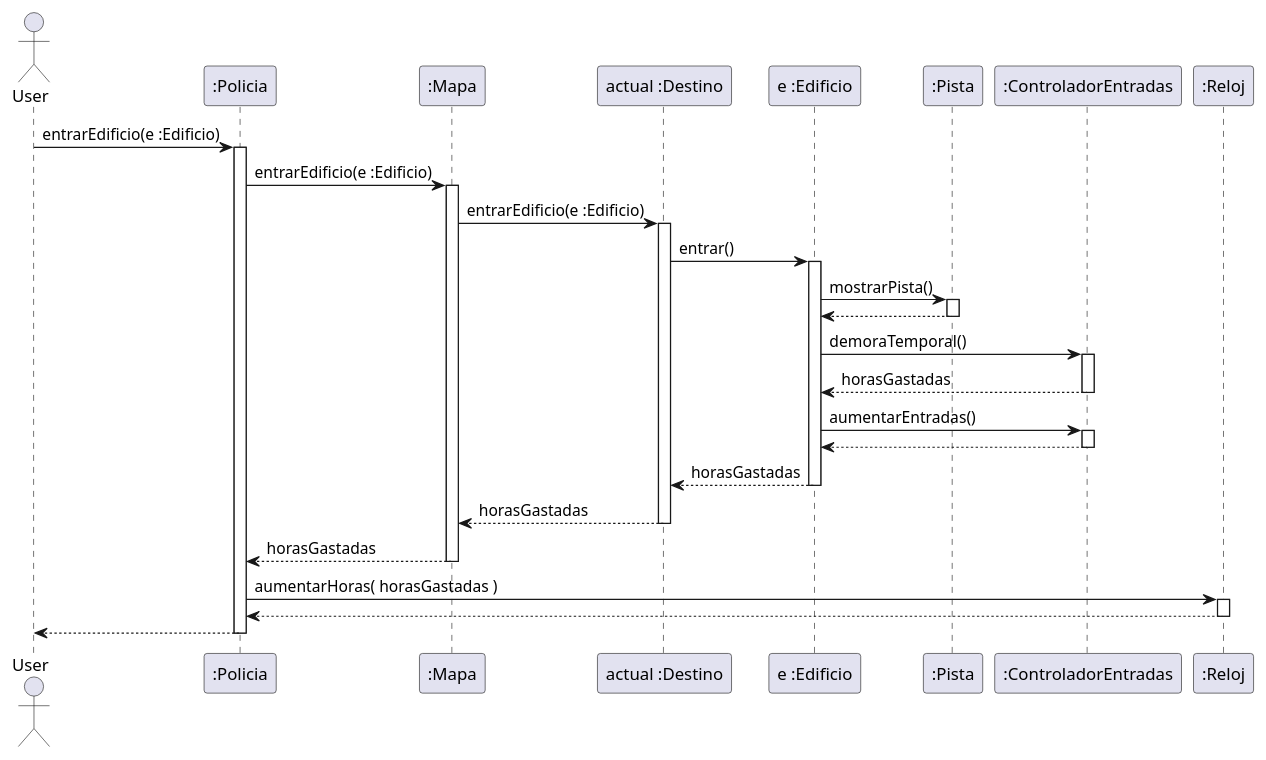
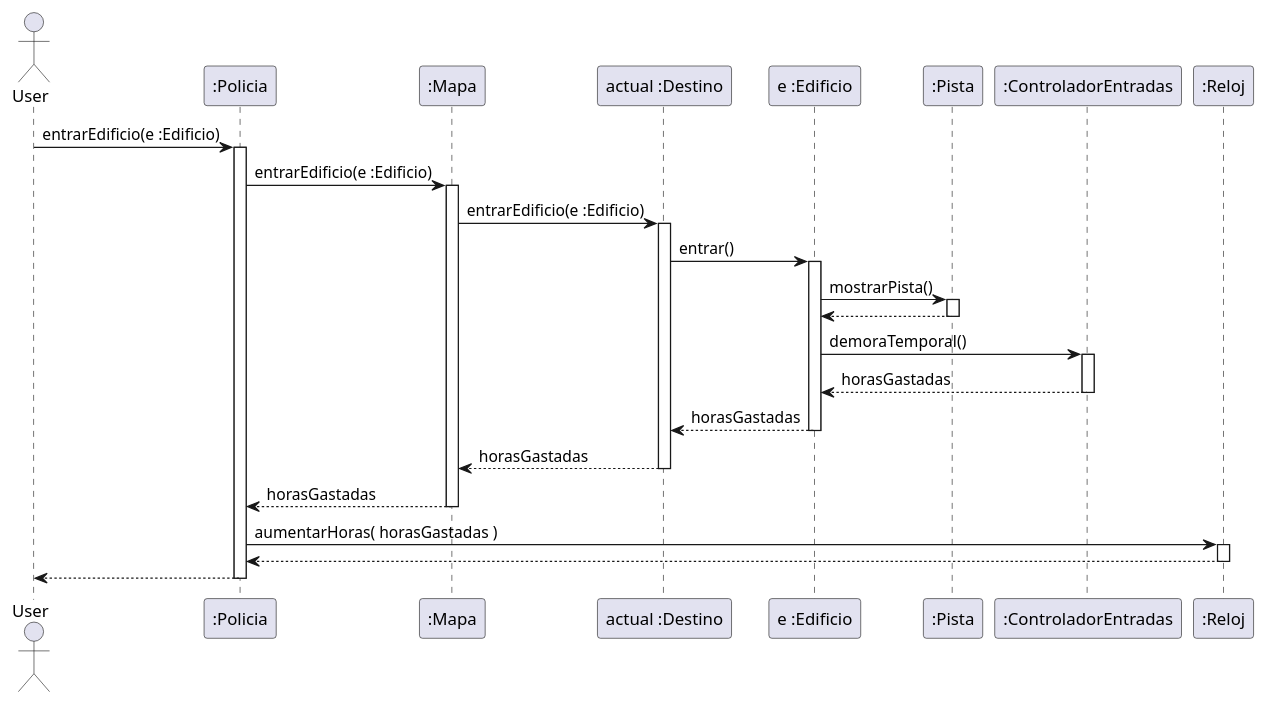
One commit to Nicolas-Bravo/algo3_tp2 changed the diagram in diagrams/sequences/EntrarEdificioPrimeraVez.plantuml. Above: the diagram before and after it, drawn with PlantUML. The commit also changed 18 other files, not shown here.

```diff
--- a/diagrams/sequences/EntrarEdificioPrimeraVez.plantuml
+++ b/diagrams/sequences/EntrarEdificioPrimeraVez.plantuml
@@ -1,53 +1,47 @@
 @startuml
 
 Actor User
 
 User -> ":Policia" : entrarEdificio(e :Edificio)
 Activate ":Policia"
 
 ":Policia" -> ":Mapa" : entrarEdificio(e :Edificio)
 activate ":Mapa"
 
 ":Mapa" -> "actual :Destino" : entrarEdificio(e :Edificio)
 activate "actual :Destino"
 
 "actual :Destino" -> "e :Edificio" : entrar()
 activate "e :Edificio"
 
 "e :Edificio" -> ":Pista" : mostrarPista()
 activate ":Pista"
 
 ":Pista" --> "e :Edificio"
 deactivate ":Pista"
 
 "e :Edificio" -> ":ControladorEntradas" : demoraTemporal()
 activate ":ControladorEntradas"
 
 ":ControladorEntradas" --> "e :Edificio" : horasGastadas
 deactivate ":ControladorEntradas"
 
-"e :Edificio" -> ":ControladorEntradas" : aumentarEntradas()
-activate ":ControladorEntradas"
-
-":ControladorEntradas" --> "e :Edificio"
-deactivate ":ControladorEntradas"
-
 "e :Edificio" --> "actual :Destino" : horasGastadas
 deactivate "e :Edificio"
 
 "actual :Destino" --> ":Mapa" : horasGastadas
 deactivate "actual :Destino"
 
 ":Mapa" --> ":Policia" : horasGastadas
 deactivate ":Mapa"
 
 ":Policia" -> ":Reloj" : aumentarHoras( horasGastadas )
 activate ":Reloj"
 
 ":Reloj" --> ":Policia"
 deactivate ":Reloj"
 
 ":Policia" --> User
 deactivate ":Policia"
 
 @enduml
```
